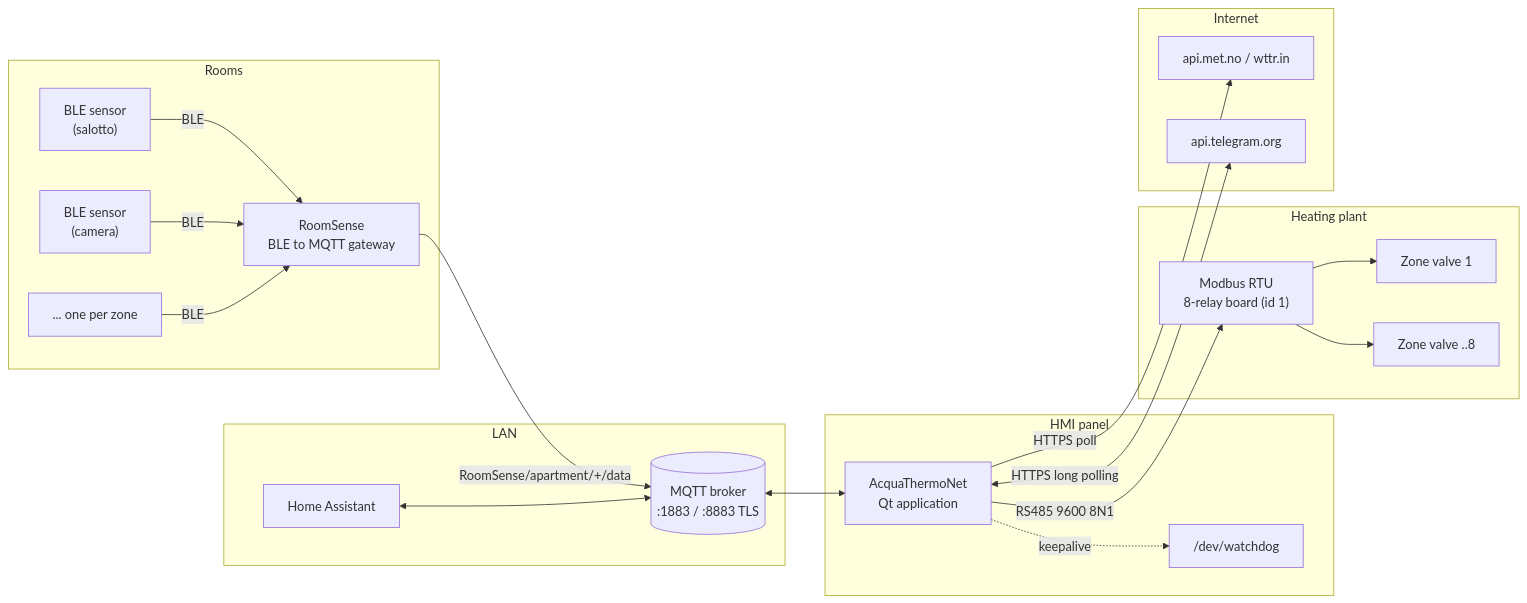
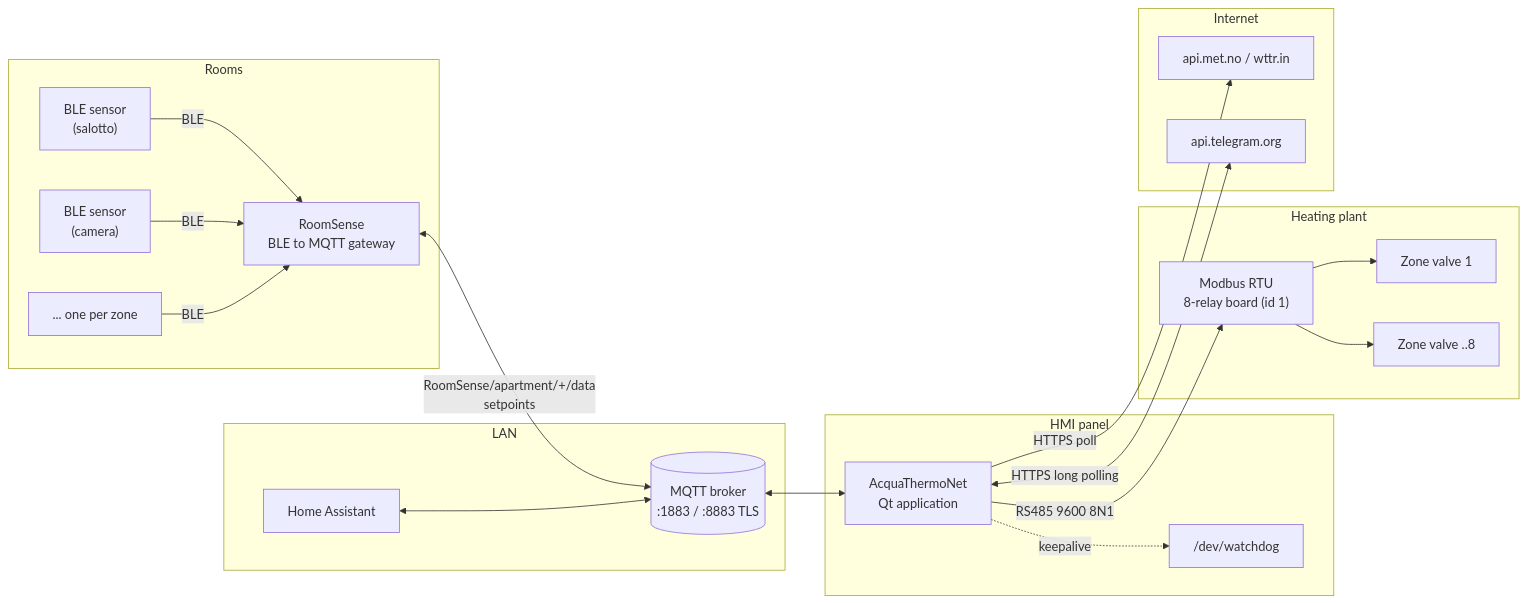
Before and after one commit to ska/AcquaThermoNet: the first of 10 diagrams in docs/DOCUMENTATION.md, drawn with Mermaid. The commit also changed other lines of this file and 13 other files, not shown here.

````diff
--- a/docs/DOCUMENTATION.md
+++ b/docs/DOCUMENTATION.md
@@ -73,40 +73,40 @@
 ```mermaid
 flowchart LR
     subgraph Rooms
         S1["BLE sensor<br/>(salotto)"]
         S2["BLE sensor<br/>(camera)"]
         S3["... one per zone"]
         RS["RoomSense<br/>BLE to MQTT gateway"]
     end
 
     subgraph LAN
         B[("MQTT broker<br/>:1883 / :8883 TLS")]
         HA["Home Assistant"]
     end
 
     subgraph HMI["HMI panel"]
         APP["AcquaThermoNet<br/>Qt application"]
         WD["/dev/watchdog"]
     end
 
     subgraph Plant["Heating plant"]
         RB["Modbus RTU<br/>8-relay board (id 1)"]
         V1["Zone valve 1"]
         V2["Zone valve ..8"]
     end
 
     subgraph Internet
         MET["api.met.no / wttr.in"]
         TG["api.telegram.org"]
     end
 
     S1 & S2 & S3 -- "BLE" --> RS
-    RS -- "RoomSense/apartment/+/data" --> B
+    RS <-- "RoomSense/apartment/+/data<br/>setpoints" --> B
     B <--> APP
     HA <--> B
     APP -- "RS485 9600 8N1" --> RB
     RB --> V1 & V2
     APP -- "HTTPS poll" --> MET
     APP <-->|"HTTPS long polling"| TG
     APP -. "keepalive" .-> WD
 ```
````
